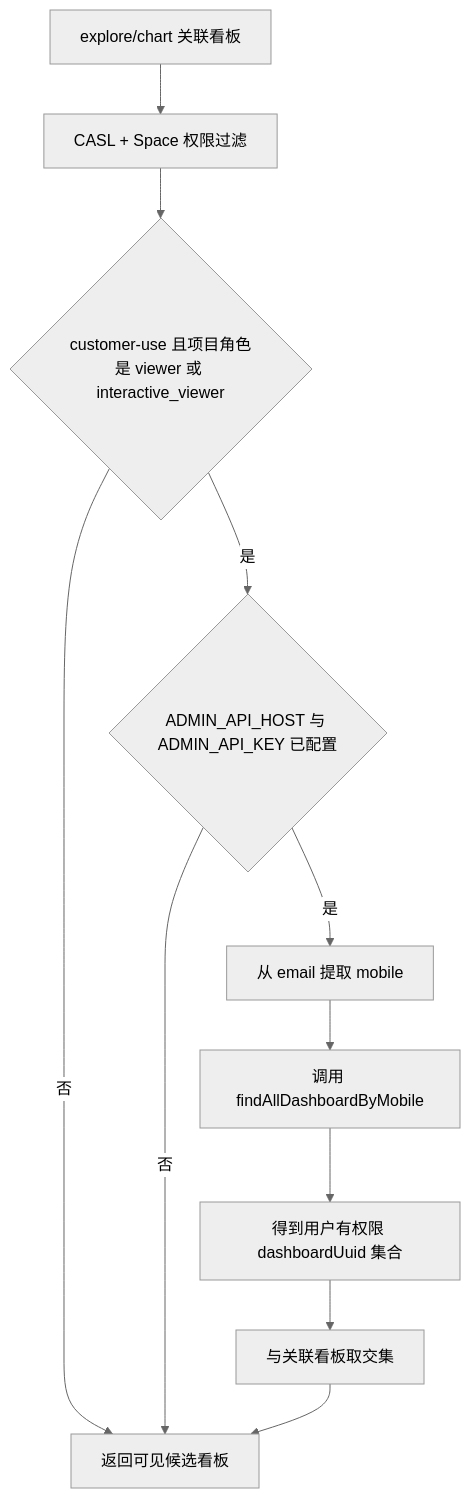
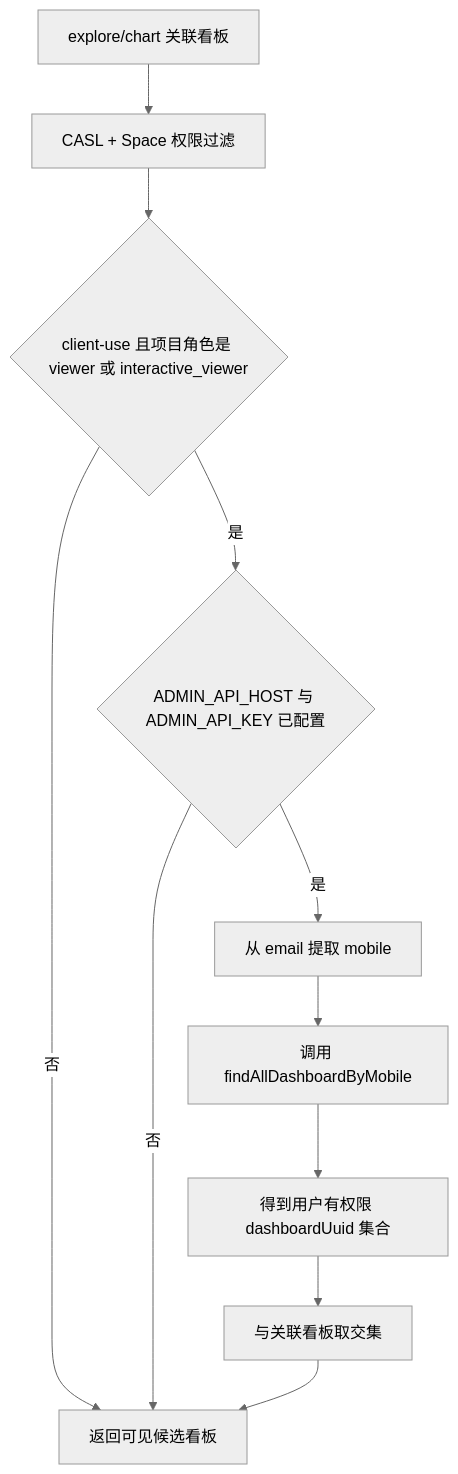
Before and after one commit to winwin-inc/lightdash-i18n: the second of 2 diagrams in docs/mcp-dashboard-context.md, drawn with Mermaid (neutral theme). The commit also changed other lines of this file and 33 other files, not shown here.

Commit message:
refactor: 将项目属性 is_customer_use 重命名为 is_client_use，更新相关逻辑和文档

````diff
--- a/docs/mcp-dashboard-context.md
+++ b/docs/mcp-dashboard-context.md
@@ -68,13 +68,13 @@
 ```mermaid
 flowchart TD
   contexts["explore/chart 关联看板"] --> casl["CASL + Space 权限过滤"]
-  casl --> customerUse{"customer-use 且项目角色是 viewer 或 interactive_viewer"}
-  customerUse -->|"否"| visible["返回可见候选看板"]
-  customerUse -->|"是"| rpcConfigured{"ADMIN_API_HOST 与 ADMIN_API_KEY 已配置"}
+  casl --> clientUse{"client-use 且项目角色是 viewer 或 interactive_viewer"}
+  clientUse -->|"否"| visible["返回可见候选看板"]
+  clientUse -->|"是"| rpcConfigured{"ADMIN_API_HOST 与 ADMIN_API_KEY 已配置"}
   rpcConfigured -->|"否"| visible
   rpcConfigured -->|"是"| extractMobile["从 email 提取 mobile"]
   extractMobile --> rpc["调用 findAllDashboardByMobile"]
   rpc --> allowed["得到用户有权限 dashboardUuid 集合"]
   allowed --> intersect["与关联看板取交集"]
   intersect --> visible
 ```
````
